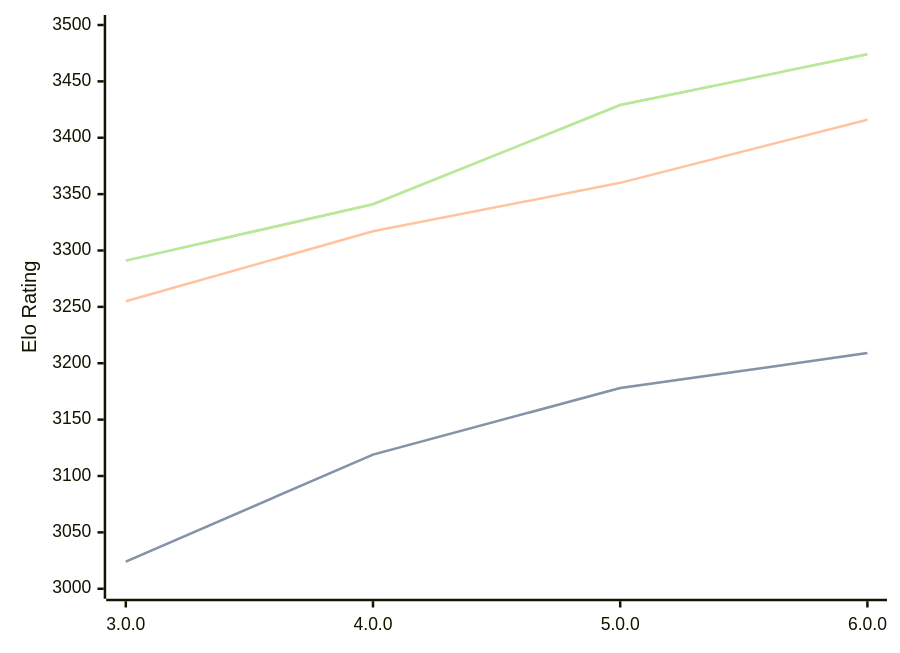
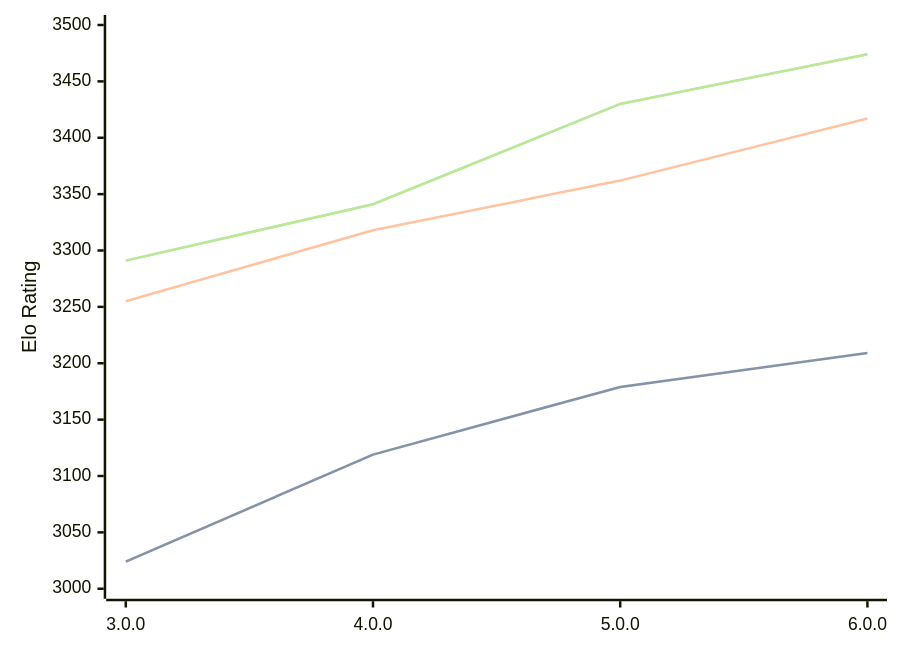
Before and after one commit to computer-chess-index/cci: the diagram in engines/Minke.md, drawn with Mermaid. The commit also changed other lines of this file, not shown here.

Commit message:
Update CCI Ratings (ELO VLTC) - 2026-05-04

````diff
--- a/engines/Minke.md
+++ b/engines/Minke.md
@@ -36,11 +36,11 @@
 ```mermaid
 %%{init: {"theme":"base","themeVariables":{"seriesColors:['#a3a3a3','#222221','#faa371']}}}%%
 xychart-beta
   x-axis ["3.0.0", "4.0.0", "5.0.0", "6.0.0"]
   y-axis "Elo Rating" 3000 --> 3500
-  line "STC (8.0+0.08s)" [3024, 3119, 3178, 3209]
-  line "STC (8.0+0.08s)" [3024, 3119, 3178, 3209]
-  line "LTC (60.0+0.60s)" [3255, 3317, 3360, 3416]
-  line "VLTC (2m24s+1.12s)" [3291, 3341, 3429, 3474]
-  line "VLTC (2m24s+1.12s)" [3291, 3341, 3429, 3474]
+  line "STC (8.0+0.08s)" [3024, 3119, 3179, 3209]
+  line "STC (8.0+0.08s)" [3024, 3119, 3179, 3209]
+  line "LTC (60.0+0.60s)" [3255, 3318, 3362, 3417]
+  line "VLTC (2m24s+1.12s)" [3291, 3341, 3430, 3474]
+  line "VLTC (2m24s+1.12s)" [3291, 3341, 3430, 3474]
 ```
````
